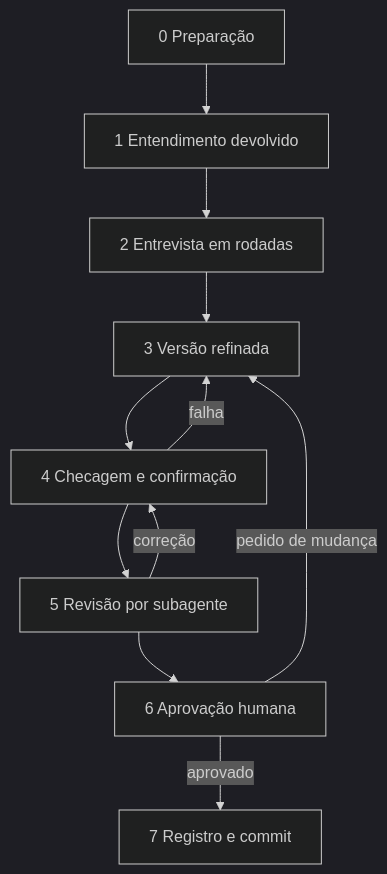
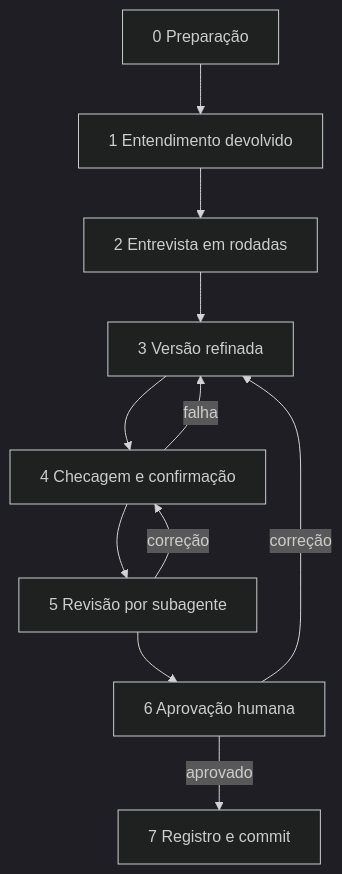
The diagram in docs/explicacao.md (Ela-Decora/ela-harness), drawn with Mermaid (dark theme) before and after one commit. The commit also changed other lines of this file and 32 other files, not shown here.

````diff
--- a/docs/explicacao.md
+++ b/docs/explicacao.md
@@ -23,13 +23,13 @@
 ```mermaid
 flowchart TD
   P0["0 Preparação"] --> P1["1 Entendimento devolvido"]
   P1 --> P2["2 Entrevista em rodadas"]
   P2 --> P3["3 Versão refinada"]
   P3 --> P4["4 Checagem e confirmação"]
   P4 -->|falha| P3
   P4 --> P5["5 Revisão por subagente"]
   P5 -->|correção| P4
   P5 --> P6["6 Aprovação humana"]
-  P6 -->|pedido de mudança| P3
+  P6 -->|correção| P3
   P6 -->|aprovado| P7["7 Registro e commit"]
 ```
````
